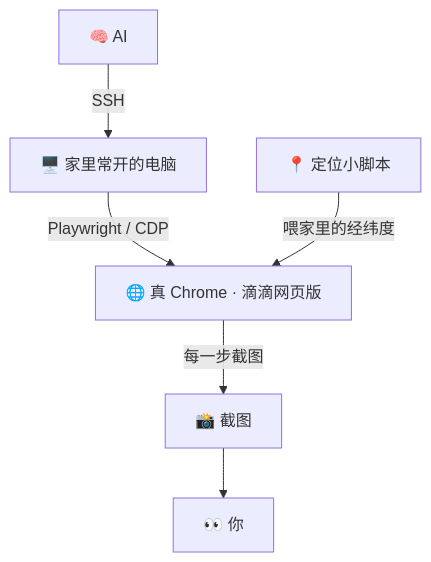
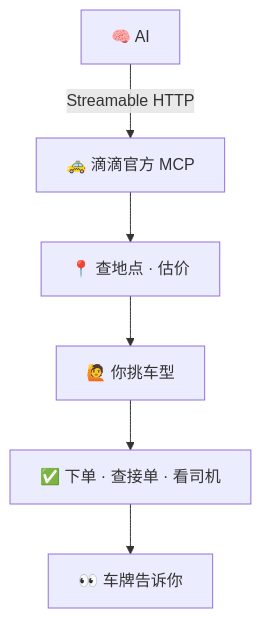
Before and after one commit to Aria-duet/ai-calls-a-taxi: the first of 2 diagrams in README.md, drawn with Mermaid. The commit also changed other lines of this file, not shown here.

Commit message:
改成以滴滴官方 MCP 为主，浏览器做法挪到最后

````diff
--- a/README.md
+++ b/README.md
@@ -34,8 +34,8 @@
 ```mermaid
 flowchart TD
-    A[🧠 AI] -->|SSH| B[🖥️ 家里常开的电脑]
-    B -->|Playwright / CDP| C[🌐 真 Chrome · 滴滴网页版]
-    D[📍 定位小脚本] -->|喂家里的经纬度| C
-    C -->|每一步截图| E[📸 截图]
-    E --> F[👀 你]
+    A[🧠 AI] -->|Streamable HTTP| B[🚕 滴滴官方 MCP]
+    B --> C[📍 查地点 · 估价]
+    C --> D[🙋 你挑车型]
+    D --> E[✅ 下单 · 查接单 · 看司机]
+    E --> F[👀 车牌告诉你]
 ```
````
